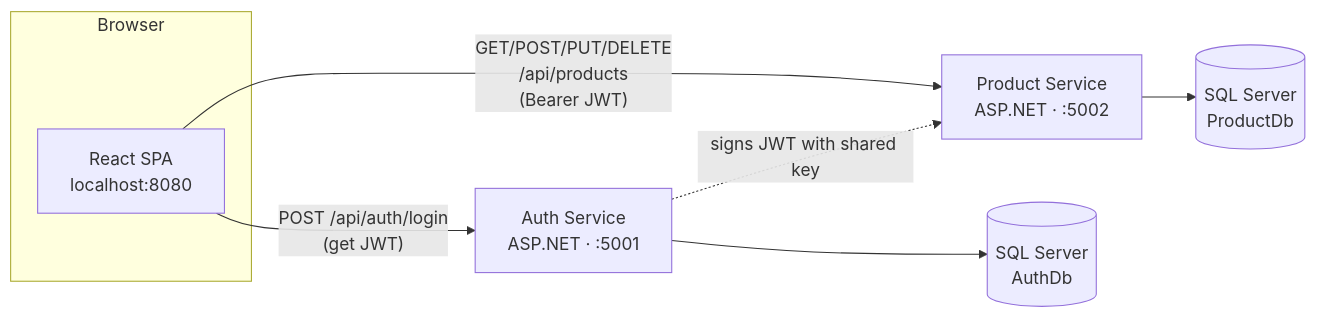
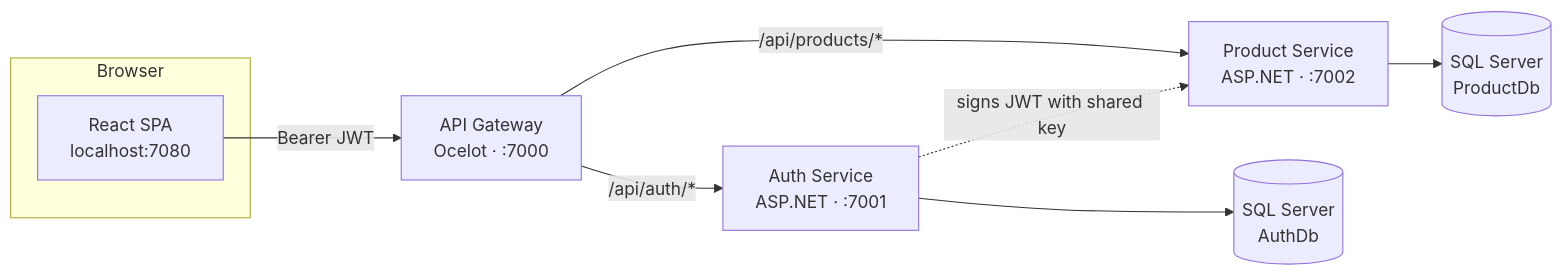
Before and after one commit to longndt/amd201: the diagram in Microservice_Docker_CICD/README.md, drawn with Mermaid. The commit also changed other lines of this file and 34 other files, not shown here.

````diff
--- a/Microservice_Docker_CICD/README.md
+++ b/Microservice_Docker_CICD/README.md
@@ -121,14 +145,15 @@
 ```mermaid
 flowchart LR
     subgraph Browser
-        UI[React SPA<br/>localhost:8080]
+        UI[React SPA<br/>localhost:7080]
     end
 
-    UI -- "POST /api/auth/login<br/>(get JWT)" --> AUTH[Auth Service<br/>ASP.NET · :5001]
-    UI -- "GET/POST/PUT/DELETE<br/>/api/products<br/>(Bearer JWT)" --> PROD[Product Service<br/>ASP.NET · :5002]
+    UI -- "Bearer JWT" --> GW[API Gateway<br/>Ocelot · :7000]
+    GW -- "/api/auth/*" --> AUTH[Auth Service<br/>ASP.NET · :7001]
+    GW -- "/api/products/*" --> PROD[Product Service<br/>ASP.NET · :7002]
 
     AUTH --> AUTHDB[(SQL Server<br/>AuthDb)]
     PROD --> PRODDB[(SQL Server<br/>ProductDb)]
 
     AUTH -. "signs JWT with shared key" .-> PROD
 ```
````
